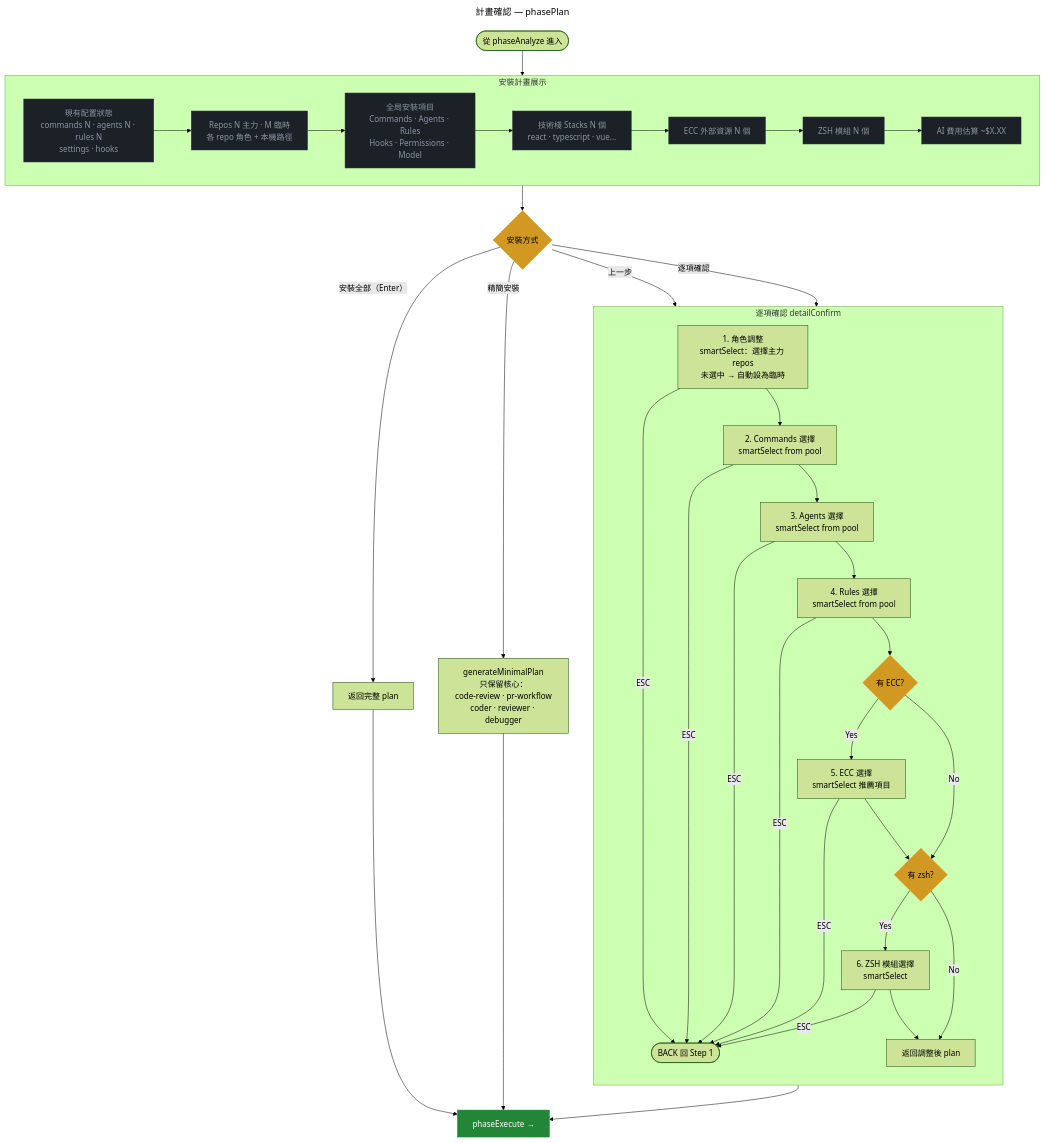
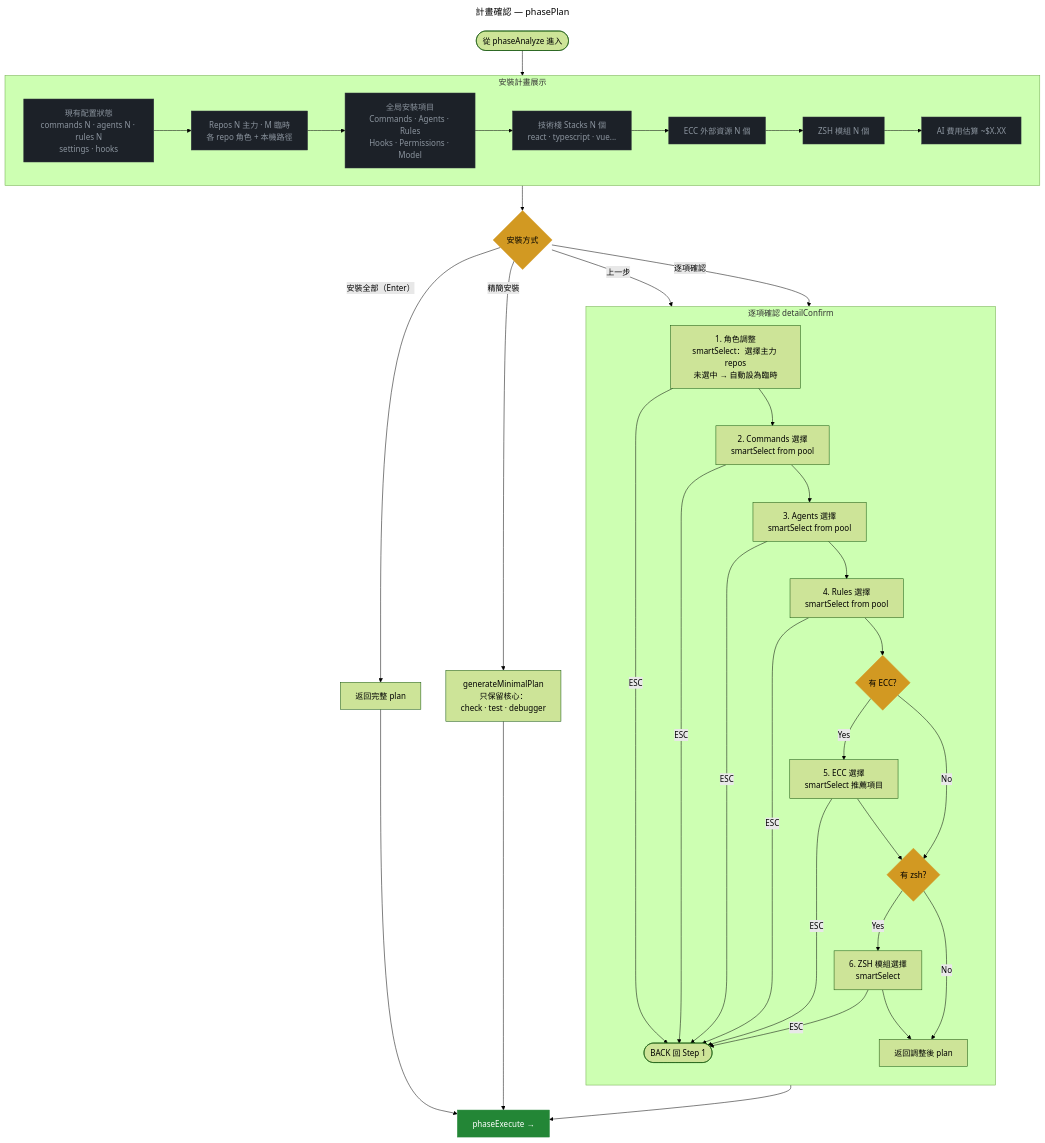
The diagram in apps/dotfiles/docs/flows/phase-plan.mmd (AlvinBian/ab-tao), drawn with Mermaid (forest theme) before and after one commit. The commit also changed 247 other files, not shown here.

```diff
--- a/apps/dotfiles/docs/flows/phase-plan.mmd
+++ b/apps/dotfiles/docs/flows/phase-plan.mmd
@@ -1,61 +1,61 @@
 ---
 title: 計畫確認 — phasePlan
 description: 展示安裝計畫 + 安裝全部/逐項確認/精簡安裝 三種模式
 links:
   - setup-main: 返回主流程
   - phase-execute: 進入安裝
 ---
 flowchart TD
     Entry([從 phaseAnalyze 進入]) --> Display
 
     subgraph Display ["安裝計畫展示"]
         D1["現有配置狀態<br/>commands N · agents N · rules N<br/>settings · hooks"]
         D1 --> D2["Repos N 主力 · M 臨時<br/>各 repo 角色 + 本機路徑"]
         D2 --> D3["全局安裝項目<br/>Commands · Agents · Rules<br/>Hooks · Permissions · Model"]
         D3 --> D4["技術棧 Stacks N 個<br/>react · typescript · vue..."]
         D4 --> D5["ECC 外部資源 N 個"]
         D5 --> D6["ZSH 模組 N 個"]
         D6 --> D7["AI 費用估算 ~$X.XX"]
     end
 
     Display --> Choice{"安裝方式"}
 
     Choice -->|"安裝全部（Enter）"| Full[返回完整 plan]
     Choice -->|"逐項確認"| Detail
-    Choice -->|"精簡安裝"| Minimal["generateMinimalPlan<br/>只保留核心：<br/>code-review · pr-workflow<br/>coder · reviewer · debugger"]
+    Choice -->|"精簡安裝"| Minimal["generateMinimalPlan<br/>只保留核心：<br/>check · test · debugger"]
     Choice -->|"上一步"| Back([BACK 回 Step 1])
 
     subgraph Detail ["逐項確認 detailConfirm"]
         direction TB
         DC1["1. 角色調整<br/>smartSelect：選擇主力 repos<br/>未選中 → 自動設為臨時"]
         DC1 -->|ESC| Back
         DC1 --> DC2["2. Commands 選擇<br/>smartSelect from pool"]
         DC2 -->|ESC| Back
         DC2 --> DC3["3. Agents 選擇<br/>smartSelect from pool"]
         DC3 -->|ESC| Back
         DC3 --> DC4["4. Rules 選擇<br/>smartSelect from pool"]
         DC4 -->|ESC| Back
         DC4 --> DC5{"有 ECC?"}
         DC5 -->|Yes| DC6["5. ECC 選擇<br/>smartSelect 推薦項目"]
         DC5 -->|No| DC7
         DC6 -->|ESC| Back
         DC6 --> DC7{"有 zsh?"}
         DC7 -->|Yes| DC8["6. ZSH 模組選擇<br/>smartSelect"]
         DC7 -->|No| DC9
         DC8 -->|ESC| Back
         DC8 --> DC9["返回調整後 plan"]
     end
 
     Full --> Exec["phaseExecute →"]
     DC9 --> Exec
     Minimal --> Exec
 
     click Exec "#phase-execute"
 
     classDef decision fill:#d29922,color:#000,stroke:#d29922
     classDef info fill:#1c2128,color:#8b949e,stroke:#30363d
     classDef success fill:#238636,color:#fff,stroke:#238636
 
     class Choice,DC5,DC7 decision
     class D1,D2,D3,D4,D5,D6,D7 info
     class Exec success
```
